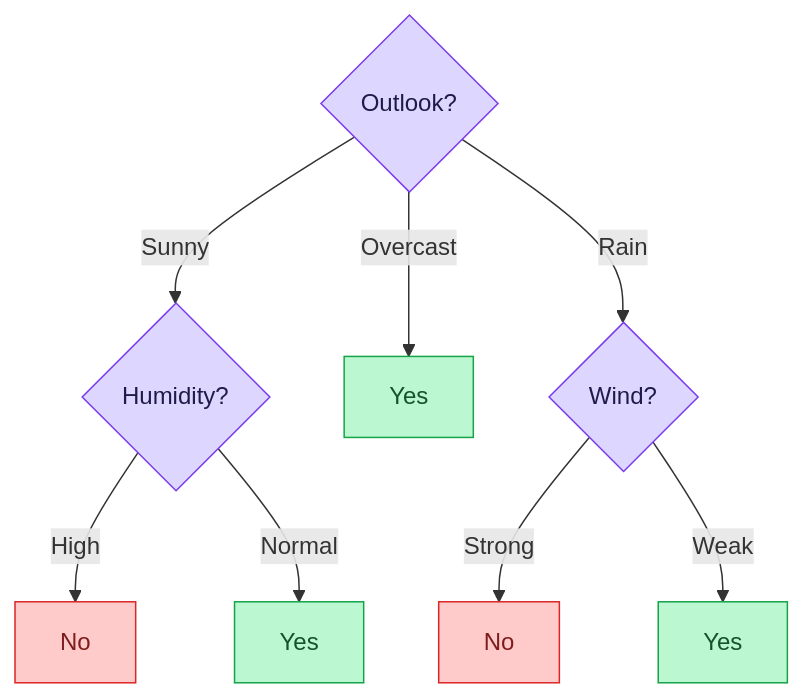
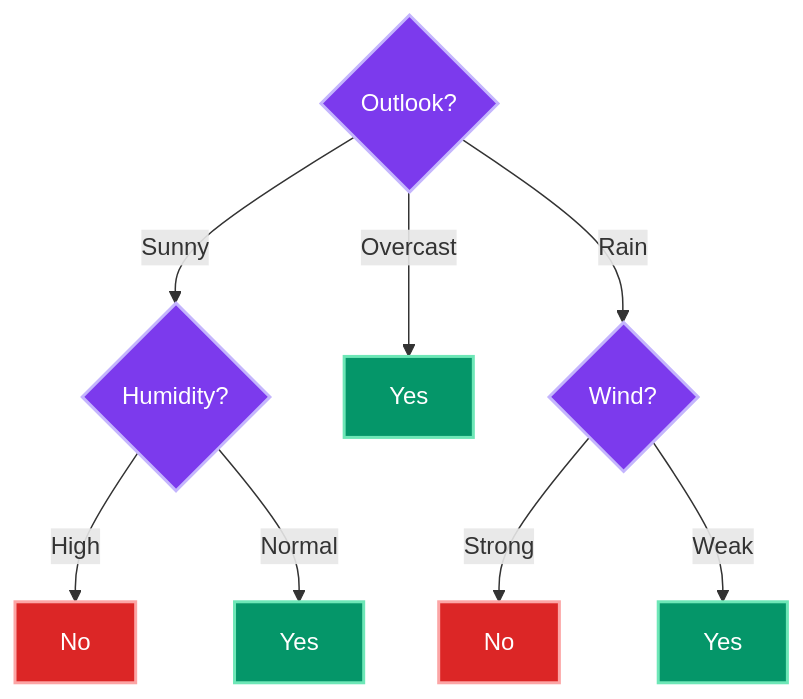
One commit to mushfiq-nehal/MS-Preparation-Handbook changed the diagram in docs/08 - Artificial Intelligence & Machine Learning.md. Above: the diagram before and after it, drawn with Mermaid. The commit also changed 23 other files, not shown here.

Commit message:
Fix mermaid contrast in dark mode

````diff
--- a/docs/08 - Artificial Intelligence & Machine Learning.md
+++ b/docs/08 - Artificial Intelligence & Machine Learning.md
@@ -466,14 +466,14 @@
 ```mermaid
 graph TD
     A{Outlook?}:::decision
     A -->|Sunny| B{Humidity?}:::decision
     A -->|Overcast| C[Yes]:::yes
     A -->|Rain| D{Wind?}:::decision
     B -->|High| E[No]:::no
     B -->|Normal| F[Yes]:::yes
     D -->|Strong| G[No]:::no
     D -->|Weak| H[Yes]:::yes
-    classDef decision fill:#ddd6fe,stroke:#7c3aed,color:#1e1b4b
-    classDef yes fill:#bbf7d0,stroke:#16a34a,color:#14532d
-    classDef no fill:#fecaca,stroke:#dc2626,color:#7f1d1d
+    classDef decision fill:#7c3aed,stroke:#c4b5fd,stroke-width:2px,color:#ffffff
+    classDef yes fill:#059669,stroke:#6ee7b7,stroke-width:2px,color:#ffffff
+    classDef no fill:#dc2626,stroke:#fca5a5,stroke-width:2px,color:#ffffff
 ```
````
